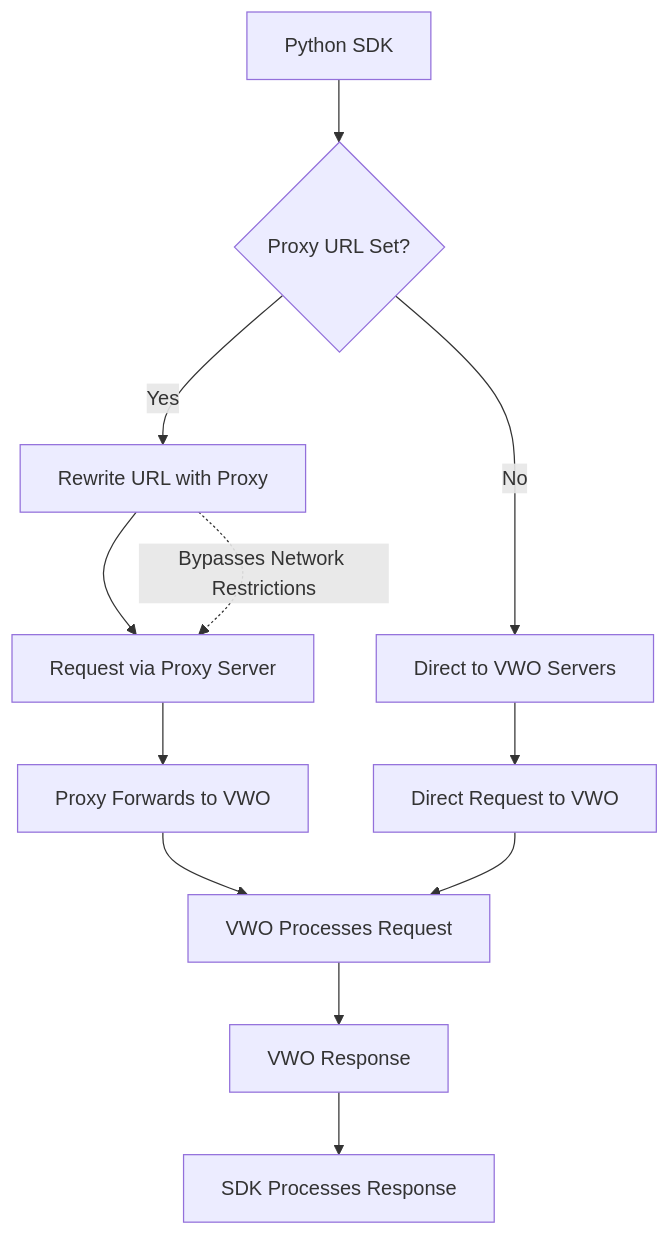
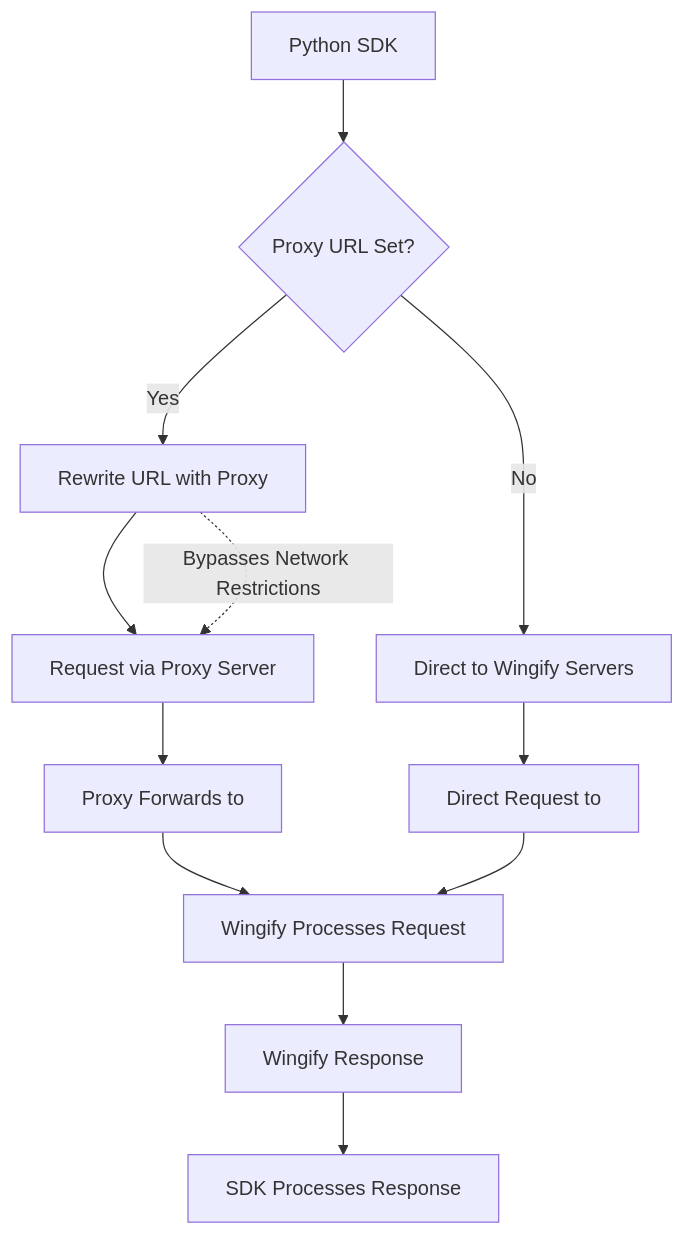
The diagram in docs/SDK Reference/server-side-sdks/fme-python/fme-python-proxy-url.md (wingify/readme-central), drawn with Mermaid before and after one commit. The commit also changed other lines of this file and 232 other files, not shown here.

Commit message:
VWO -> Wingify branding

````diff
--- a/docs/SDK Reference/server-side-sdks/fme-python/fme-python-proxy-url.md
+++ b/docs/SDK Reference/server-side-sdks/fme-python/fme-python-proxy-url.md
@@ -32,14 +32,14 @@
 ```mermaid
 flowchart TD
     A["Python SDK"] --> B{"Proxy URL Set?"}
     B -- Yes --> C["Rewrite URL with Proxy"]
-    B -- No --> D["Direct to VWO Servers"]
+    B -- No --> D["Direct to Wingify Servers"]
     C --> E["Request via Proxy Server"]
-    E --> G["Proxy Forwards to VWO"]
-    D --> F["Direct Request to VWO"]
-    G --> H["VWO Processes Request"]
+    E --> G["Proxy Forwards to"]
+    D --> F["Direct Request to"]
+    G --> H["Wingify Processes Request"]
     F --> H
-    H --> I["VWO Response"]
+    H --> I["Wingify Response"]
     I --> J["SDK Processes Response"]
     C -. Bypasses Network Restrictions .-> E
 ```
````
